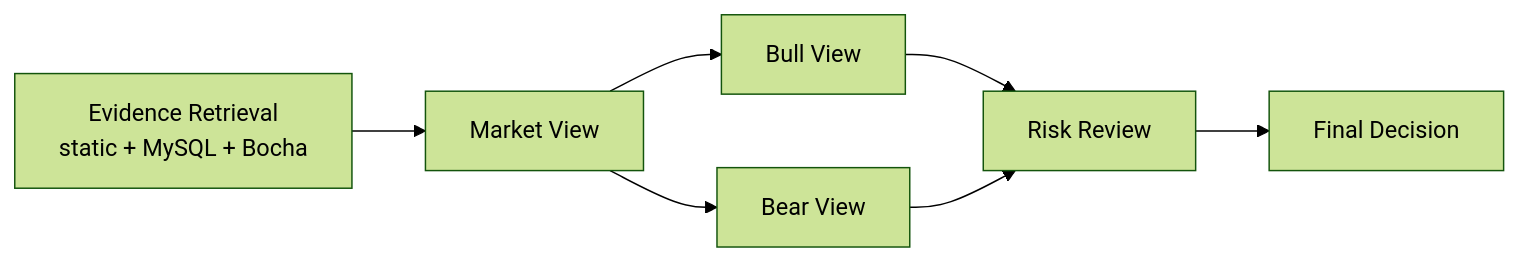
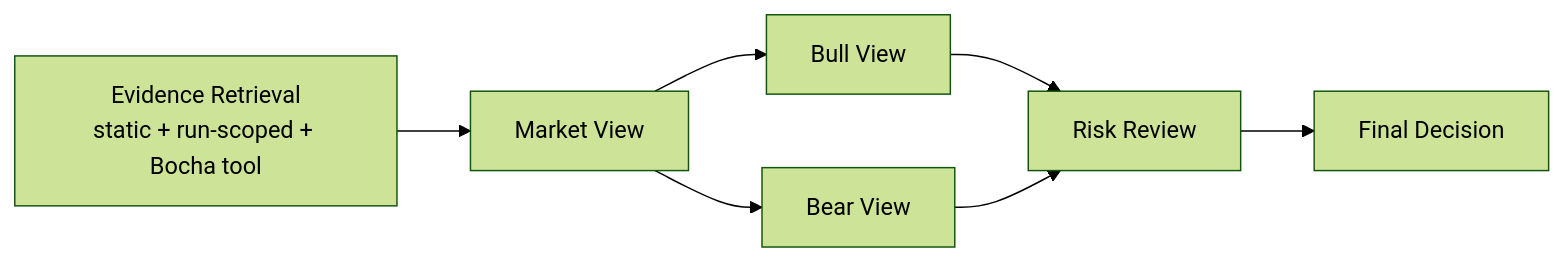
The second of 3 diagrams in docs/ARCHITECTURE.md (Bodiva/Hyper-Alpha-Arena), drawn with Mermaid (forest theme) before and after one commit. The commit also changed other lines of this file and 18 other files, not shown here.

````diff
--- a/docs/ARCHITECTURE.md
+++ b/docs/ARCHITECTURE.md
@@ -169,9 +169,9 @@
 ```mermaid
 flowchart LR
-  E["Evidence Retrieval\nstatic + MySQL + Bocha"] --> M["Market View"]
+  E["Evidence Retrieval\nstatic + run-scoped + Bocha tool"] --> M["Market View"]
   M --> B["Bull View"]
   M --> R["Bear View"]
   B --> K["Risk Review"]
   R --> K
   K --> D["Final Decision"]
 ```
````
